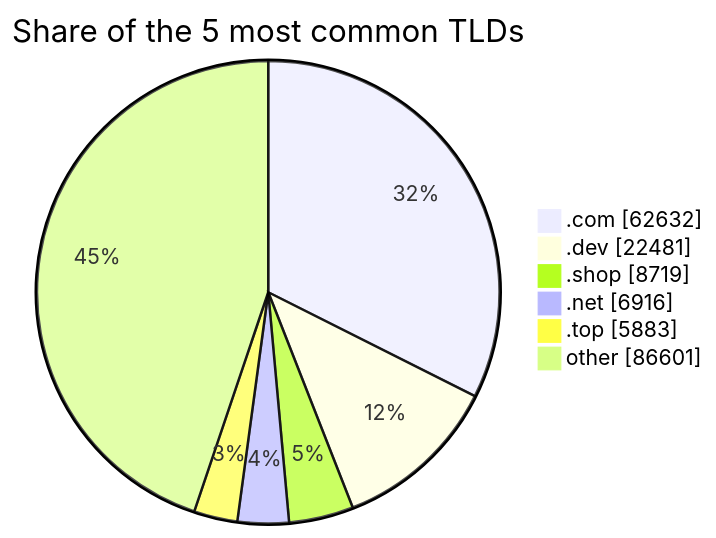
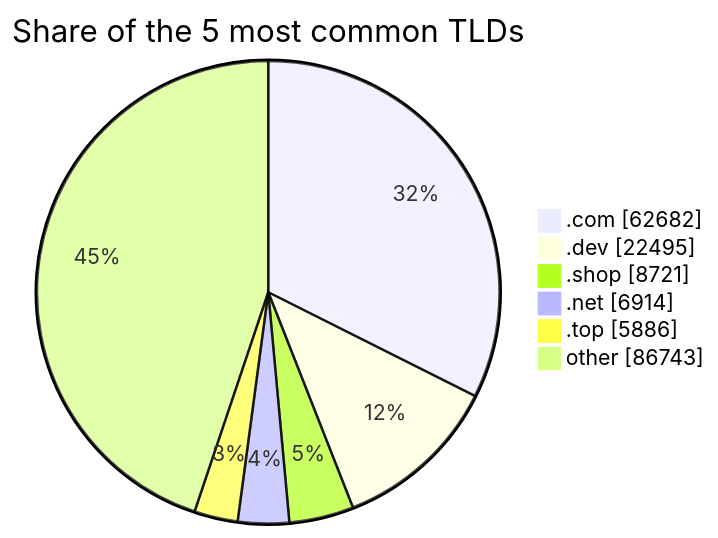
One commit to DNSBunker/CTI changed the third of 3 diagrams in README.md. Above: the diagram before and after it, drawn with Mermaid. The commit also changed other lines of this file and 3 other files, not shown here.

````diff
--- a/README.md
+++ b/README.md
@@ -81,9 +81,9 @@
 ```mermaid
 pie showData title Share of the 5 most common TLDs
-    ".com" : 62632
-    ".dev" : 22481
-    ".shop" : 8719
-    ".net" : 6916
-    ".top" : 5883
-    "other" : 86601
+    ".com" : 62682
+    ".dev" : 22495
+    ".shop" : 8721
+    ".net" : 6914
+    ".top" : 5886
+    "other" : 86743
 ```
````
